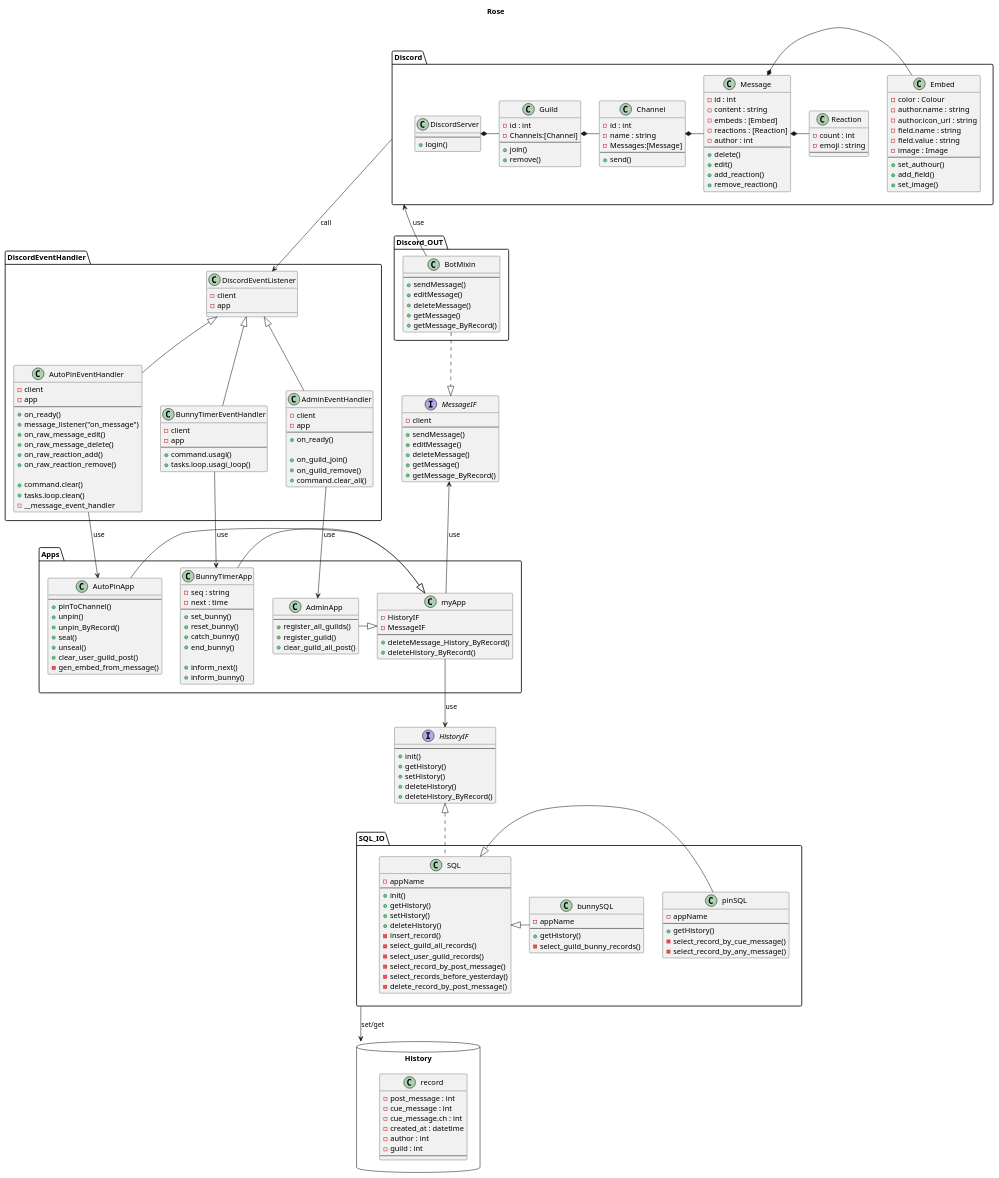
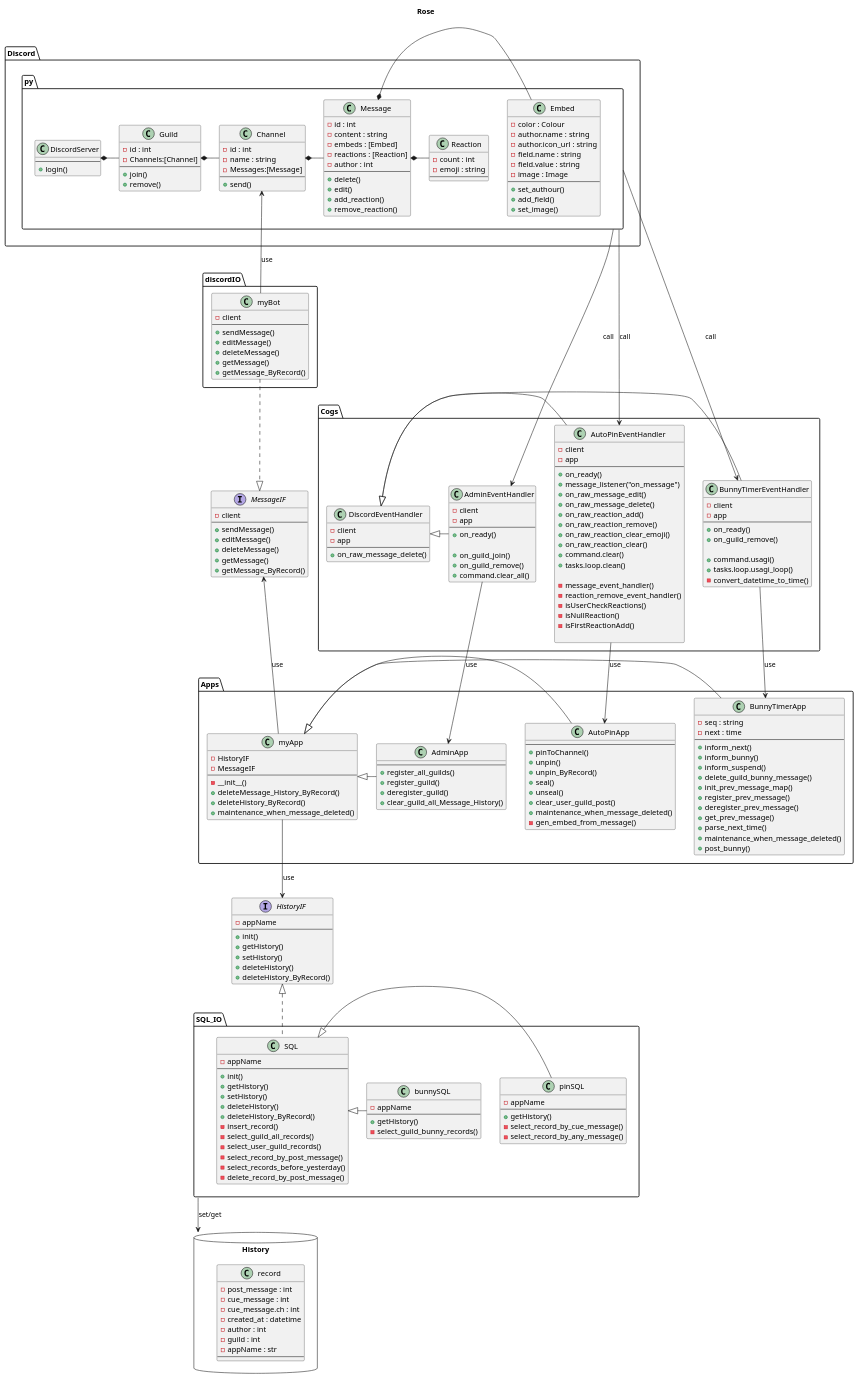
One commit to HitsumabushiEng/rose_discord_bot changed the diagram in Design/Class_diagram.pu. Above: the diagram before and after it, drawn with PlantUML. The commit also changed 4 other files, not shown here.

```diff
--- a/Design/Class_diagram.pu
+++ b/Design/Class_diagram.pu
@@ -1,6 +1,6 @@
 @startuml class
 title Rose
-package Discord{
+package Discord.py{
     class DiscordServer{
         ---
         + login()
@@ -55,8 +55,9 @@
     }
 }
 
-package Discord_OUT{
-    class BotMixin{
+package discordIO{
+    class myBot{
+        - client
         ---
         + sendMessage()
         + editMessage()
@@ -66,11 +67,13 @@
     }
 }
 
-package DiscordEventHandler{
+package Cogs{
 
-    class DiscordEventListener{
+    class DiscordEventHandler{
         - client
         - app
+        ---
+        + on_raw_message_delete()
     }
 
     class AdminEventHandler{
@@ -93,17 +96,28 @@
         + on_raw_message_delete()
         + on_raw_reaction_add()
         + on_raw_reaction_remove()
-
+        + on_raw_reaction_clear_emoji()
+        + on_raw_reaction_clear()
         + command.clear()
         + tasks.loop.clean()
-        - __message_event_handler
+
+        - message_event_handler()
+        - reaction_remove_event_handler()
+        - isUserCheckReactions()
+        - isNullReaction()
+        - isFirstReactionAdd()
+
     }
     class BunnyTimerEventHandler{
         - client
         - app
         ---
+        + on_ready()
+        + on_guild_remove()
+
         + command.usagi()
         + tasks.loop.usagi_loop()
+        - convert_datetime_to_time()
     }
 }
 
@@ -112,15 +126,18 @@
         - HistoryIF
         - MessageIF
         ---
+        - __init__()
         + deleteMessage_History_ByRecord()
         + deleteHistory_ByRecord()
+        + maintenance_when_message_deleted()
     }
 
     class AdminApp{
         ---
         + register_all_guilds()
         + register_guild()
-        + clear_guild_all_post()
+        + deregister_guild()
+        + clear_guild_all_Message_History()
     }
 
     class AutoPinApp{
@@ -131,6 +148,7 @@
         + seal()
         + unseal()
         + clear_user_guild_post()
+        + maintenance_when_message_deleted()
         - gen_embed_from_message()
     }
 
@@ -138,13 +156,17 @@
         - seq : string
         - next : time
         ---
-        + set_bunny()
-        + reset_bunny()
-        + catch_bunny()
-        + end_bunny()
-
         + inform_next()
         + inform_bunny()
+        + inform_suspend()
+        + delete_guild_bunny_message()
+        + init_prev_message_map()
+        + register_prev_message()
+        + deregister_prev_message()
+        + get_prev_message()
+        + parse_next_time()
+        + maintenance_when_message_deleted()
+        + post_bunny()
     }
 }
 
@@ -156,6 +178,7 @@
         + getHistory()
         + setHistory()
         + deleteHistory()
+        + deleteHistory_ByRecord()
         - insert_record()
         - select_guild_all_records()
         - select_user_guild_records()
@@ -190,6 +213,7 @@
 }
 
 interface HistoryIF{
+    - appName
     ---
     + init()
     + getHistory()
@@ -206,6 +230,7 @@
         - created_at : datetime
         - author : int
         - guild : int
+        - appName : str
         ---
     }
 }
@@ -221,7 +246,7 @@
 ''''''''''''''''''''''''''''
 ' relation internal package
 ''''''''''''''''''''''''''''
-' relation in package Discord
+' relation in package Discord.py
 DiscordServer   *-      Guild
 Guild           *-      Channel
 Channel         *-      Message
@@ -229,9 +254,9 @@
 Message         *-      Reaction
 
 ' relation in package DiscordEventHandler
-DiscordEventListener     <|--    AdminEventHandler
-DiscordEventListener     <|--    AutoPinEventHandler
-DiscordEventListener     <|--    BunnyTimerEventHandler
+DiscordEventHandler     <|-    AdminEventHandler
+DiscordEventHandler     <|-    AutoPinEventHandler
+DiscordEventHandler     <|-    BunnyTimerEventHandler
 
 
 ' relation in package Apps
@@ -247,9 +272,12 @@
 ''''''''''''''''''''''''''''
 ' relation over package
 ''''''''''''''''''''''''''''
-' relation btw. Discord and DiscordEventHandler
-Discord         <--     BotMixin : use
-Discord         -->     DiscordEventListener : call
+' relation btw. Discord.py and DiscordEventHandler
+Channel         <--     myBot : use
+
+Discord.py         -->     AdminEventHandler: call
+Discord.py         -->     AutoPinEventHandler: call
+Discord.py         -->     BunnyTimerEventHandler: call
 
 
 ' relation btw. DiscordEventHandler and Apps
@@ -268,7 +296,7 @@
 myApp           -->     HistoryIF : use
 
 ' MessageIF
-BotMixin        ..|>    MessageIF
+myBot        ..|>    MessageIF
 
 MessageIF       <--     myApp : use
 
```
